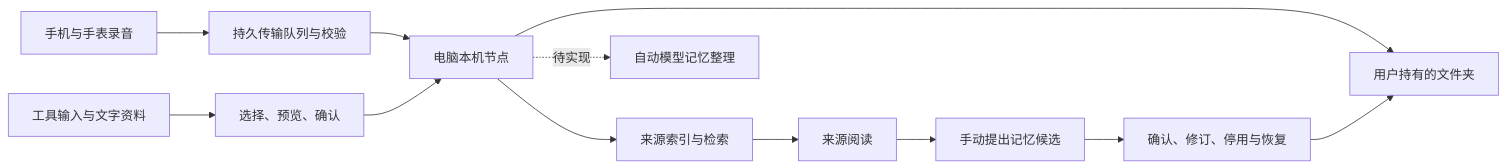
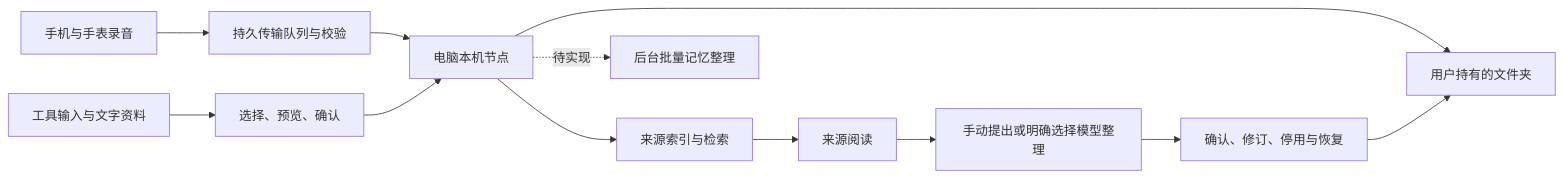
The diagram in docs/architecture.md (Hanyan179/Tracebook), drawn with Mermaid before and after one commit. The commit also changed other lines of this file and 18 other files, not shown here.

````diff
--- a/docs/architecture.md
+++ b/docs/architecture.md
@@ -5,14 +5,14 @@
 ```mermaid
 flowchart LR
   A[手机与手表录音] --> B[持久传输队列与校验]
   B --> C[电脑本机节点]
   D[工具输入与文字资料] --> E[选择、预览、确认]
   E --> C
   C --> F[用户持有的文件夹]
   C --> G[来源索引与检索]
   G --> H[来源阅读]
-  H --> I[手动提出记忆候选]
+  H --> I[手动提出或明确选择模型整理]
   I --> J[确认、修订、停用与恢复]
   J --> F
-  C -. 待实现 .-> K[自动模型记忆整理]
+  C -. 待实现 .-> K[后台批量记忆整理]
 ```
````
